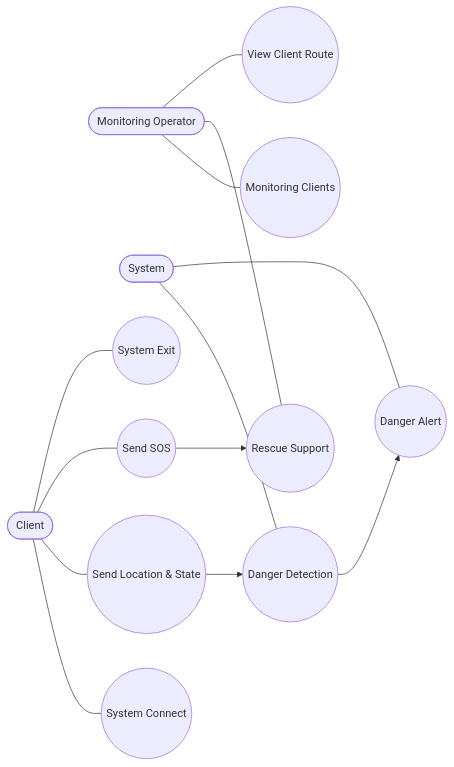
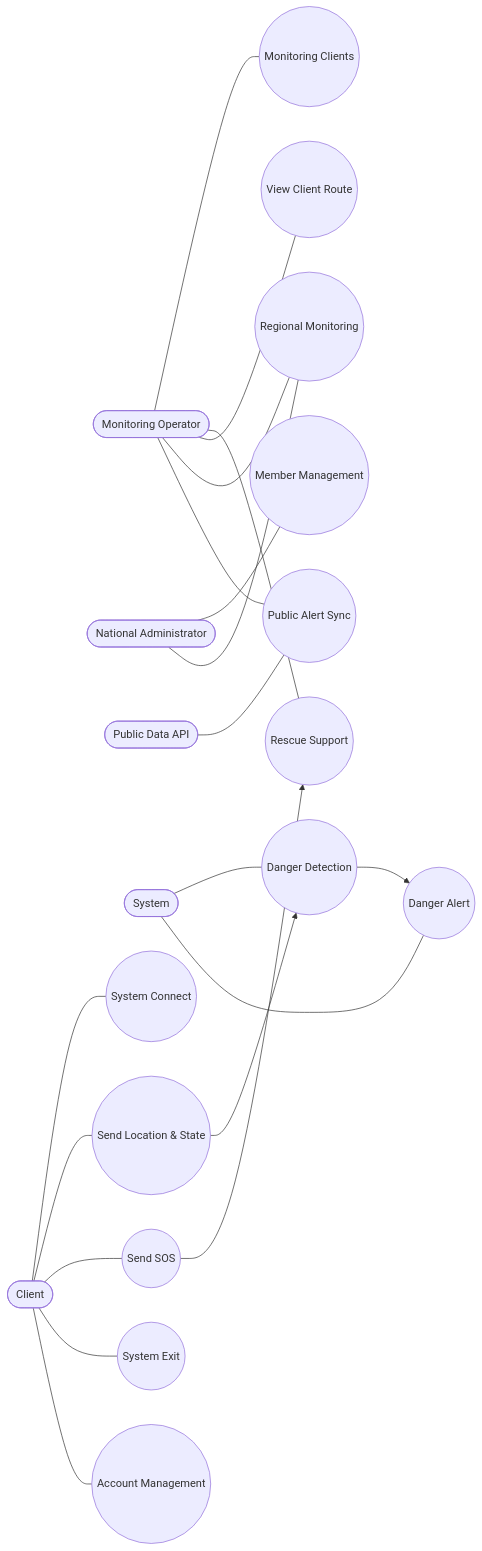
The first of 2 diagrams in Analysis_22212023_김지훈.md (xweoze/real-time-monitoring-system), drawn with Mermaid before and after one commit. The commit also changed other lines of this file and 15 other files, not shown here.

````diff
--- a/Analysis_22212023_김지훈.md
+++ b/Analysis_22212023_김지훈.md
@@ -109,29 +114,41 @@
 ```mermaid
 flowchart LR
     Client([Client])
     Operator([Monitoring Operator])
+    NationalAdmin([National Administrator])
+    PublicAPI([Public Data API])
     System([System])
 
     UC1((System Connect))
     UC2((Send Location & State))
     UC3((Danger Detection))
     UC4((Danger Alert))
     UC5((Send SOS))
     UC6((Monitoring Clients))
     UC7((Rescue Support))
     UC8((View Client Route))
     UC9((System Exit))
+    UC10((Account Management))
+    UC11((Member Management))
+    UC12((Regional Monitoring))
+    UC13((Public Alert Sync))
 
     Client --- UC1
     Client --- UC2
     Client --- UC5
     Client --- UC9
     System --- UC3
     System --- UC4
     Operator --- UC6
     Operator --- UC7
     Operator --- UC8
+    Client --- UC10
+    NationalAdmin --- UC11
+    NationalAdmin --- UC12
+    Operator --- UC12
+    PublicAPI --- UC13
+    Operator --- UC13
     UC2 --> UC3
     UC3 --> UC4
     UC5 --> UC7
 ```
````
